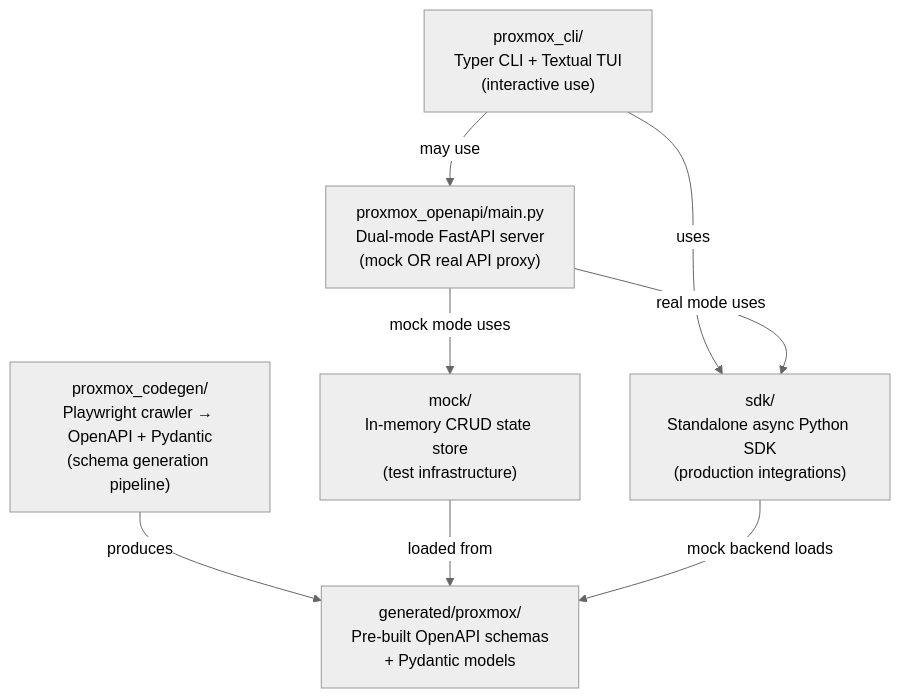
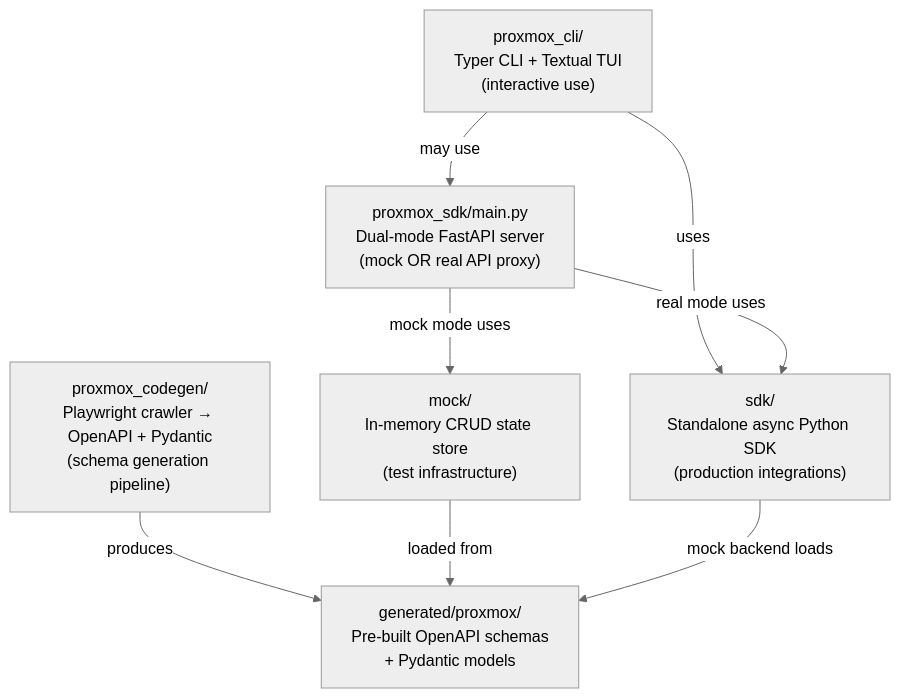
One commit to emersonfelipesp/proxmox-sdk changed the first of 5 diagrams in docs/architecture.md. Above: the diagram before and after it, drawn with Mermaid (neutral theme). The commit also changed other lines of this file and 286 other files, not shown here.

First line of the commit message:
refactor: rename Python module from proxmox_openapi to proxmox_sdk

````diff
--- a/docs/architecture.md
+++ b/docs/architecture.md
@@ -11,17 +11,17 @@
 ```mermaid
 flowchart TD
     CLI["proxmox_cli/\nTyper CLI + Textual TUI\n(interactive use)"]
-    SERVER["proxmox_openapi/main.py\nDual-mode FastAPI server\n(mock OR real API proxy)"]
+    SERVER["proxmox_sdk/main.py\nDual-mode FastAPI server\n(mock OR real API proxy)"]
     CODEGEN["proxmox_codegen/\nPlaywright crawler → OpenAPI + Pydantic\n(schema generation pipeline)"]
     SDK["sdk/\nStandalone async Python SDK\n(production integrations)"]
     MOCK["mock/\nIn-memory CRUD state store\n(test infrastructure)"]
     GEN["generated/proxmox/\nPre-built OpenAPI schemas\n+ Pydantic models"]
 
     CLI -->|uses| SDK
     CLI -->|may use| SERVER
     SERVER -->|mock mode uses| MOCK
     SERVER -->|real mode uses| SDK
     CODEGEN -->|produces| GEN
     MOCK -->|loaded from| GEN
     SDK -->|mock backend loads| GEN
 ```
````
